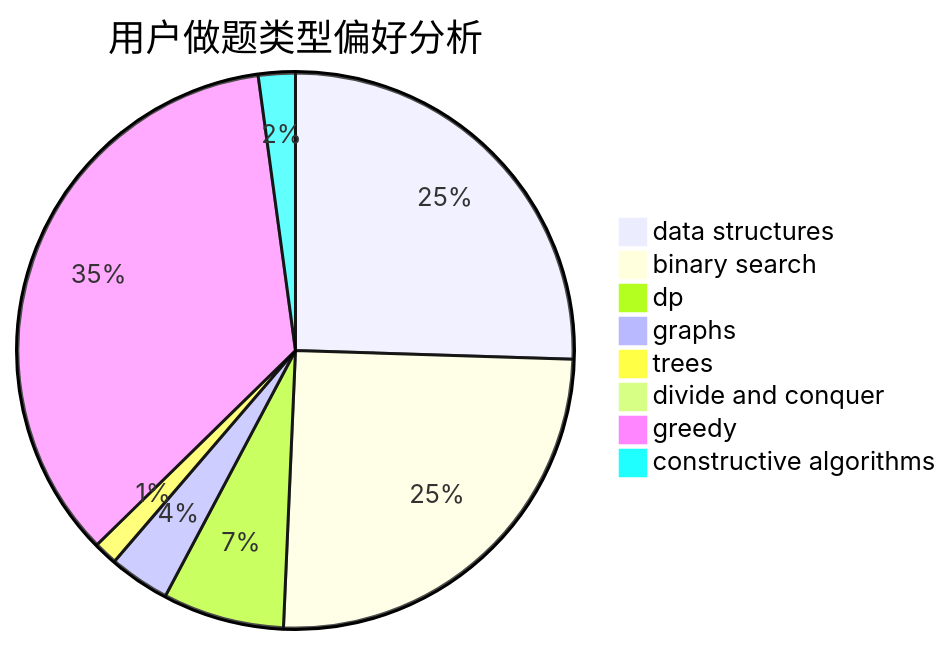
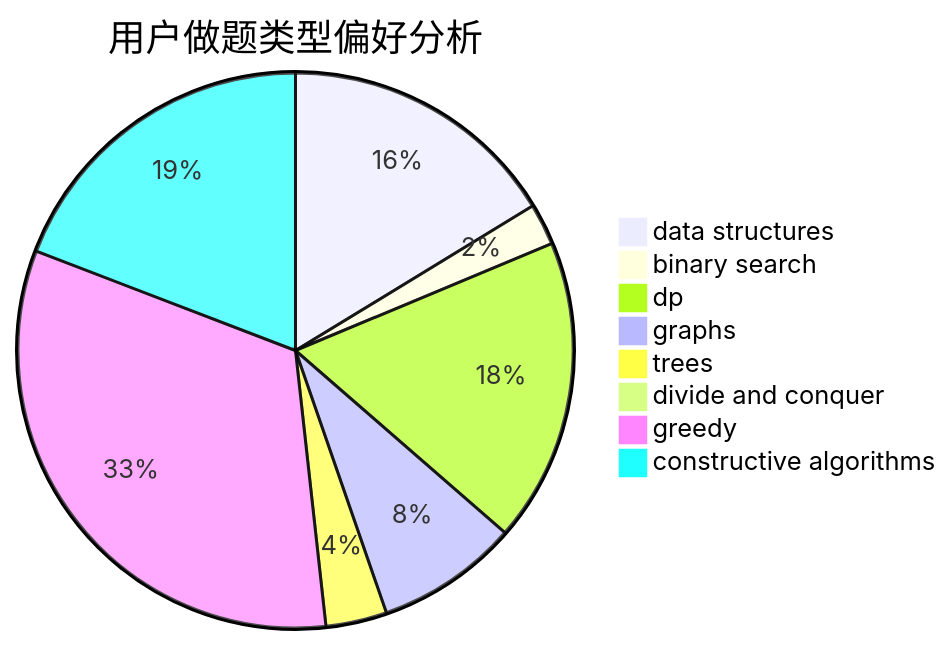
Before and after one commit to sherpahu/cfrs.github.io: the second of 3 diagrams in docs/user/u2380.md, drawn with Mermaid. The commit also changed other lines of this file and 2770 other files, not shown here.

````diff
--- a/docs/user/u2380.md
+++ b/docs/user/u2380.md
@@ -23,11 +23,11 @@
 ```mermaid
 pie title 用户做题类型偏好分析
-    "data structures" :  166
-    "binary search" :  164
-    "dp" :  46
-    "graphs" :  23
-    "trees" :  9
-    "divide and conquer" :  0
-    "greedy" :  229
-    "constructive algorithms" :  14
+    "data structures" :  316
+    "binary search" :  47
+    "dp" :  343
+    "graphs" :  161
+    "trees" :  69
+    "divide and conquer" :  2
+    "greedy" :  632
+    "constructive algorithms" :  372
 ```
````
